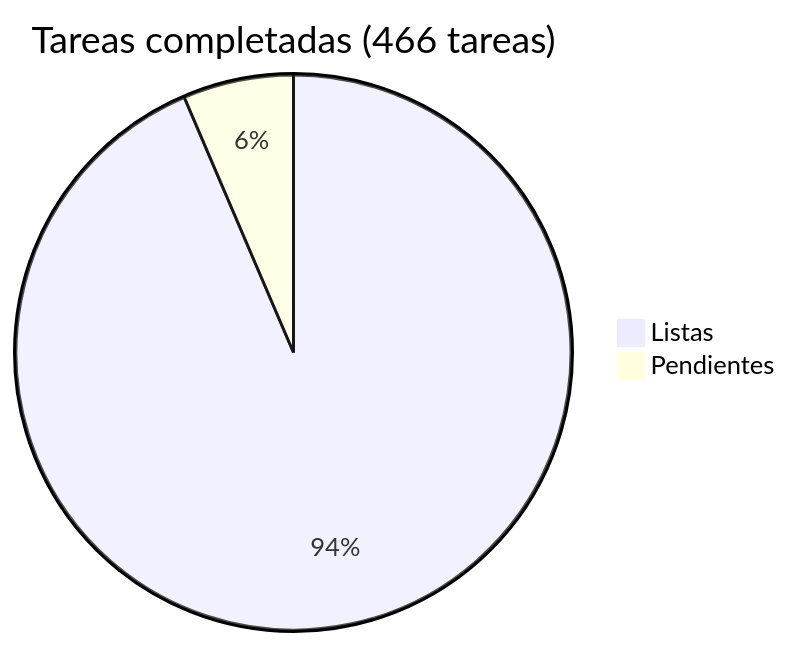
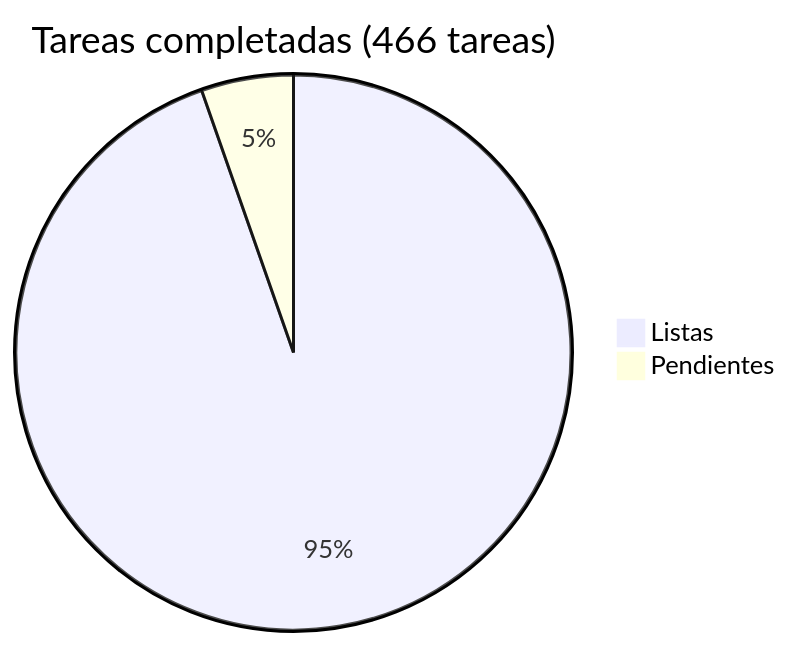
The diagram in docs/roadmap/README.md (araguaney-lat/araguaney), drawn with Mermaid before and after one commit. The commit also changed other lines of this file and 9 other files, not shown here.

````diff
--- a/docs/roadmap/README.md
+++ b/docs/roadmap/README.md
@@ -5,5 +5,5 @@
 ```mermaid
 pie title Tareas completadas (466 tareas)
-    "Listas" : 436
-    "Pendientes" : 30
+    "Listas" : 441
+    "Pendientes" : 25
 ```
````
